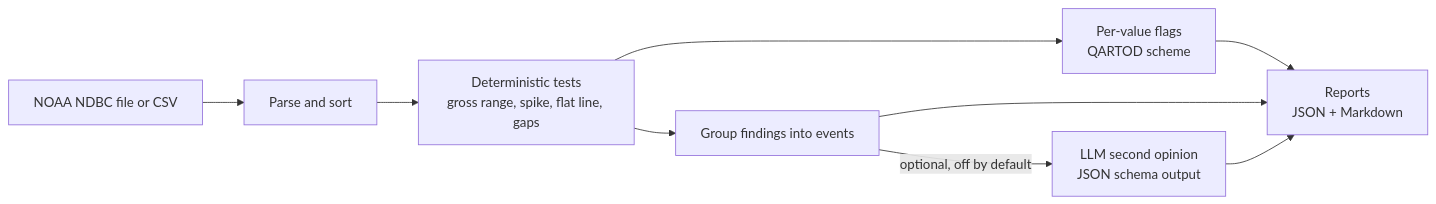
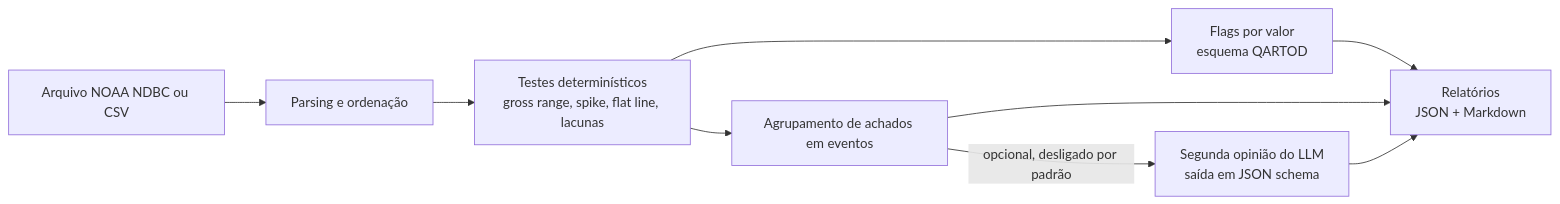
Before and after one commit to hnryguchi/metocean-qc: the diagram in README.md, drawn with Mermaid. The commit also changed other lines of this file and 2 other files, not shown here.

Commit message:
docs: Portuguese README as default, English in README.en.md

````diff
--- a/README.md
+++ b/README.md
@@ -34,11 +34,11 @@
 ```mermaid
 flowchart LR
-    A[NOAA NDBC file or CSV] --> B[Parse and sort]
-    B --> C[Deterministic tests<br/>gross range, spike, flat line, gaps]
-    C --> D[Per-value flags<br/>QARTOD scheme]
-    C --> E[Group findings into events]
-    E -->|optional, off by default| F[LLM second opinion<br/>JSON schema output]
-    D --> G[Reports<br/>JSON + Markdown]
+    A[Arquivo NOAA NDBC ou CSV] --> B[Parsing e ordenação]
+    B --> C[Testes determinísticos<br/>gross range, spike, flat line, lacunas]
+    C --> D[Flags por valor<br/>esquema QARTOD]
+    C --> E[Agrupamento de achados em eventos]
+    E -->|opcional, desligado por padrão| F[Segunda opinião do LLM<br/>saída em JSON schema]
+    D --> G[Relatórios<br/>JSON + Markdown]
     E --> G
     F --> G
 ```
````
